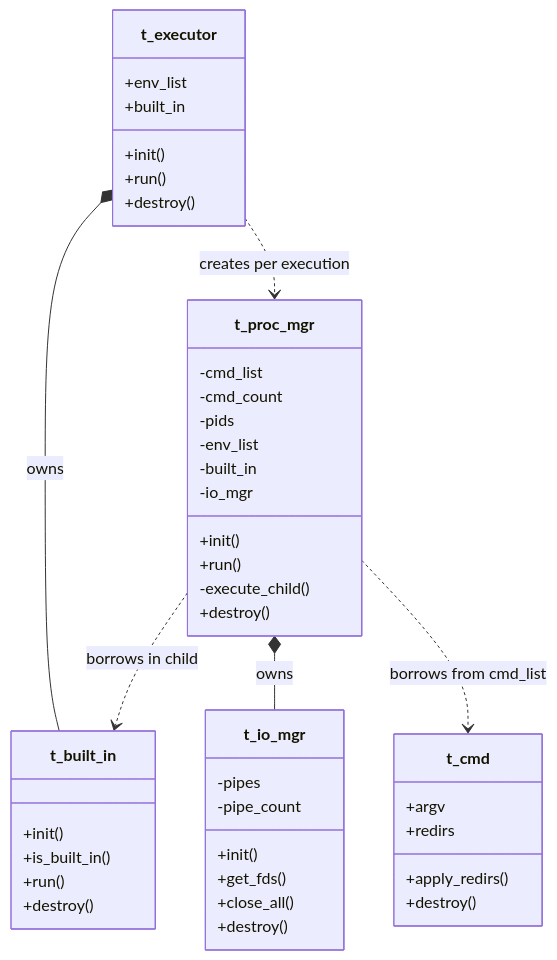
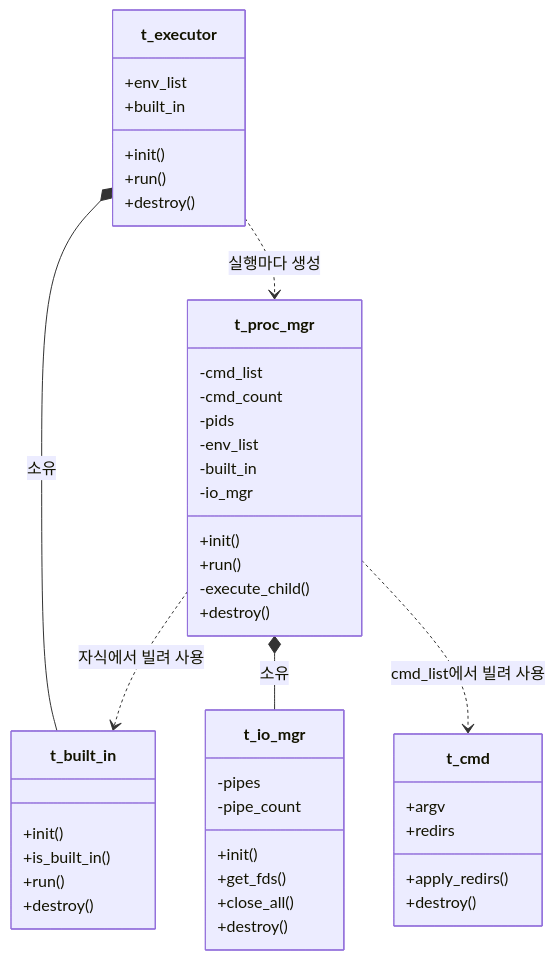
One commit to minishell-42gs/minishell changed the diagram in docs/Executor-Design.md. Above: the diagram before and after it, drawn with Mermaid. The commit also changed other lines of this file and 16 other files, not shown here.

````diff
--- a/docs/Executor-Design.md
+++ b/docs/Executor-Design.md
@@ -33,53 +31,53 @@
 ```mermaid
 classDiagram
     class t_executor {
         +env_list
         +built_in
         +init()
         +run()
         +destroy()
     }
 
     class t_built_in {
         +init()
         +is_built_in()
         +run()
         +destroy()
     }
 
     class t_proc_mgr {
         -cmd_list
         -cmd_count
         -pids
         -env_list
         -built_in
         -io_mgr
         +init()
         +run()
         -execute_child()
         +destroy()
     }
 
     class t_io_mgr {
         -pipes
         -pipe_count
         +init()
         +get_fds()
         +close_all()
         +destroy()
     }
 
     class t_cmd {
         +argv
         +redirs
         +apply_redirs()
         +destroy()
     }
 
-    t_executor *-- t_built_in : owns
-    t_executor ..> t_proc_mgr : creates per execution
+    t_executor *-- t_built_in : 소유
+    t_executor ..> t_proc_mgr : 실행마다 생성
 
-    t_proc_mgr *-- t_io_mgr : owns
-    t_proc_mgr ..> t_built_in : borrows in child
-    t_proc_mgr ..> t_cmd : borrows from cmd_list
+    t_proc_mgr *-- t_io_mgr : 소유
+    t_proc_mgr ..> t_built_in : 자식에서 빌려 사용
+    t_proc_mgr ..> t_cmd : cmd_list에서 빌려 사용
 ```
````
